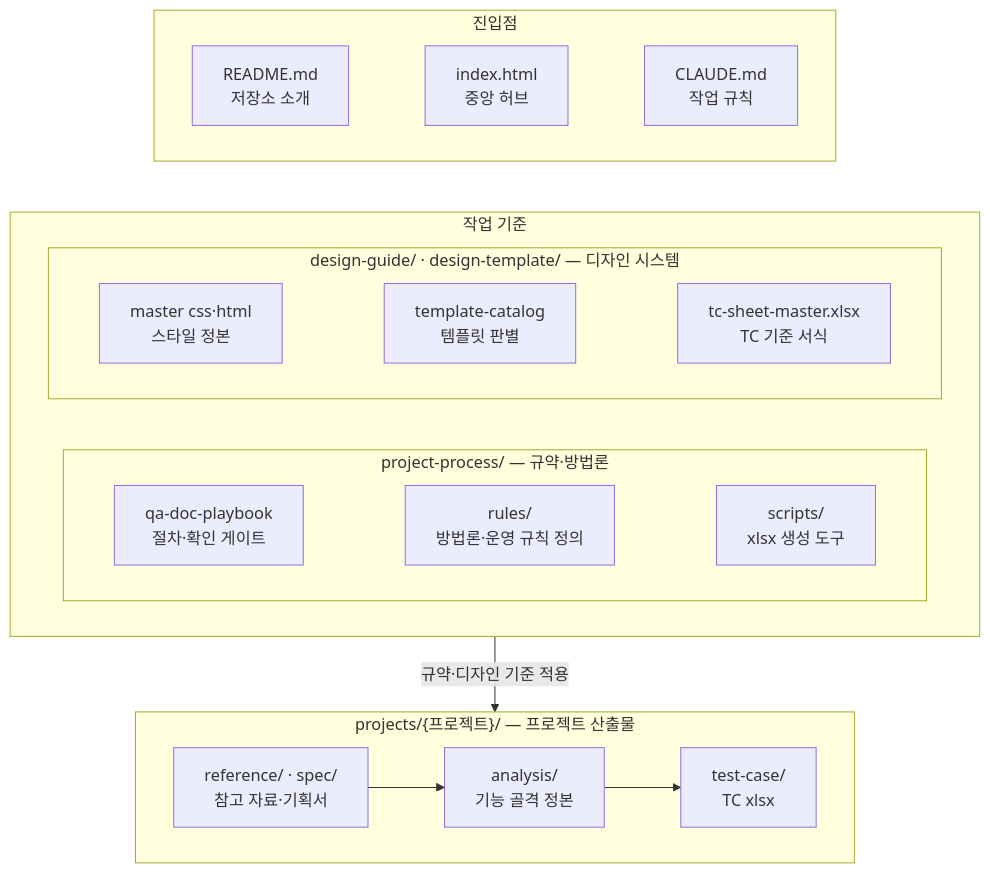
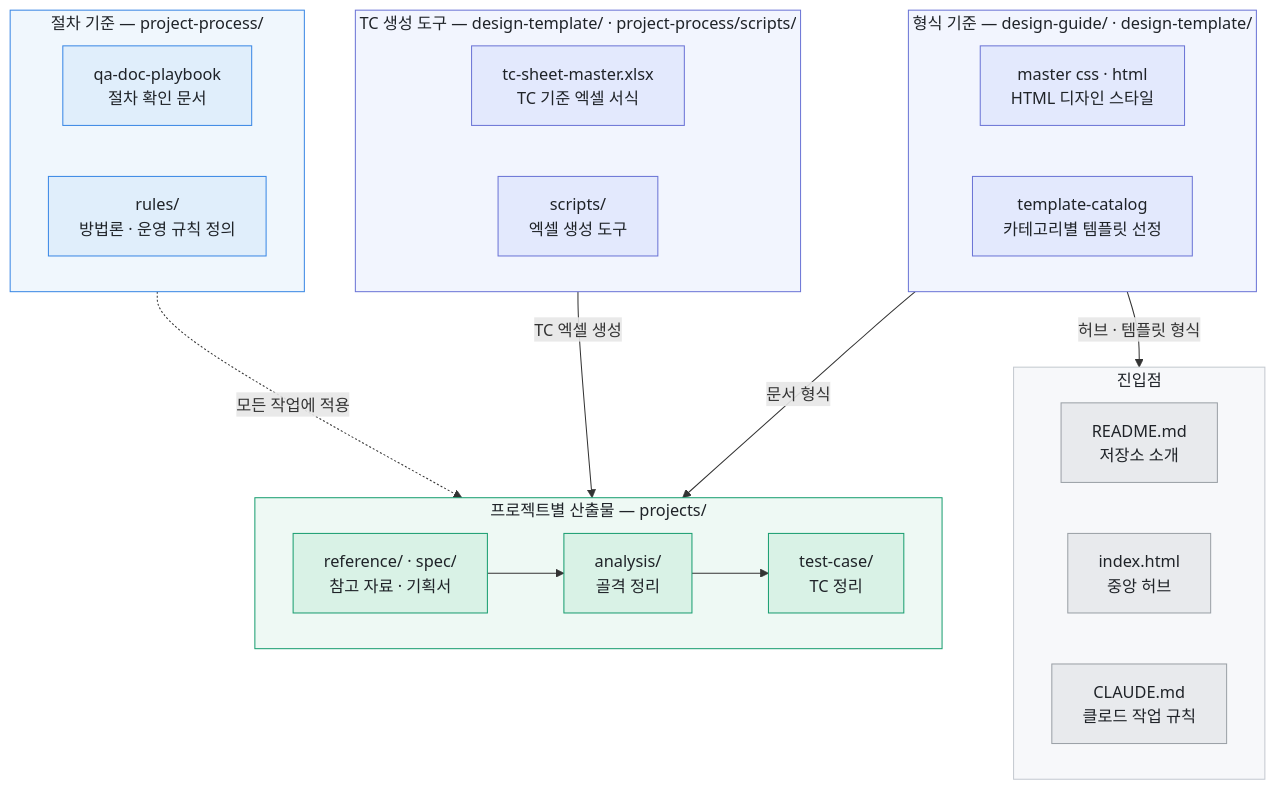
Before and after one commit to RyuSeoJin/QA-VisualNovel-Portfolio: the diagram in README.md, drawn with Mermaid. The commit also changed other lines of this file, not shown here.

Commit message:
[repo] README 구조도 개편: 역할 기준 재편·관계 연결 명시·그룹별 색 구분
- 사유: 기존 구조도가 폴더 위치로만 묶여 관계선이 6가닥으로 엉키고, 각 선의 의미가 구분되지 않아 재작성
- 변경 파일: README.md (Mermaid 블록 + 관계 설명 문단 추가)
- 스펙 변경:
  · 가운데 층을 폴더가 아닌 역할 3묶음으로 재편 — 절차 기준 / 형식 기준 / TC 생성 도구
    (tc-sheet-master.xlsx와 scripts/는 폴더가 다르지만 역할이 한 쌍이라 같은 묶음, 폴더 경로는 묶음 제목에 부제로 표기)
  · 관계선을 6가닥 → 4가닥으로 축소하고 의미를 분리:
    절차 기준 -.-> 산출물 전체("모든 작업에 적용", 점선) /
    형식 기준 --> index.html("허브·템플릿 형식") /
    형식 기준 --> reference·spec("문서 형식") /
    TC 생성 도구 --> test-case("TC 엑셀 생성")
  · 누락됐던 연결 추가: 형식 기준이 중앙 허브(index.html)에도 적용된다는 관계
  · 그룹별 색 구분 추가 — 진입점 회색 / 절차 기준 파랑 / 형식·도구 인디고 / 산출물 초록.
    fill·stroke와 함께 color를 명시해 GitHub 밝은·어두운 테마 모두에서 대비 유지
  · 무의미한 invisible link(~~~) 제거, 노드 설명을 확정 문구로 교체
- 주의: Mermaid의 화살표 경로·배치는 GitHub 렌더러가 자동 결정하므로 검토 시 사용한 미리보기 그림과
  선 모양이 다를 수 있음(색 구분과 연결 관계 자체는 동일). push 후 실제 렌더링 확인 필요.

````diff
--- a/README.md
+++ b/README.md
@@ -11,24 +11,57 @@
 ```mermaid
 flowchart TB
     subgraph entry["진입점"]
         direction LR
-        R["README.md<br/>저장소 소개"] ~~~ I["index.html<br/>중앙 허브"] ~~~ C["CLAUDE.md<br/>작업 규칙"]
+        RM["README.md<br/>저장소 소개"]
+        IX["index.html<br/>중앙 허브"]
+        CL["CLAUDE.md<br/>클로드 작업 규칙"]
     end
-    subgraph base["작업 기준"]
+
+    subgraph proc["절차 기준 — project-process/"]
         direction LR
-        subgraph pp["project-process/ — 규약·방법론"]
-            direction LR
-            PB["qa-doc-playbook<br/>절차·확인 게이트"] ~~~ RU["rules/<br/>방법론·운영 규칙 정의"] ~~~ SC["scripts/<br/>xlsx 생성 도구"]
-        end
-        subgraph ds["design-guide/ · design-template/ — 디자인 시스템"]
-            direction LR
-            MG["master css·html<br/>스타일 정본"] ~~~ TC["template-catalog<br/>템플릿 판별"] ~~~ XL["tc-sheet-master.xlsx<br/>TC 기준 서식"]
-        end
+        PB["qa-doc-playbook<br/>절차 확인 문서"]
+        RU["rules/<br/>방법론 · 운영 규칙 정의"]
     end
-    subgraph proj["projects/{프로젝트}/ — 프로젝트 산출물"]
+
+    subgraph form["형식 기준 — design-guide/ · design-template/"]
         direction LR
-        SP["reference/ · spec/<br/>참고 자료·기획서"] --> AN["analysis/<br/>기능 골격 정본"] --> TCF["test-case/<br/>TC xlsx"]
+        MS["master css · html<br/>HTML 디자인 스타일"]
+        TP["template-catalog<br/>카테고리별 템플릿 선정"]
     end
-    entry ~~~ base
-    base -->|"규약·디자인 기준 적용"| proj
+
+    subgraph tool["TC 생성 도구 — design-template/ · project-process/scripts/"]
+        direction LR
+        XL["tc-sheet-master.xlsx<br/>TC 기준 엑셀 서식"]
+        SC["scripts/<br/>엑셀 생성 도구"]
+    end
+
+    subgraph out["프로젝트별 산출물 — projects/"]
+        direction LR
+        RS["reference/ · spec/<br/>참고 자료 · 기획서"]
+        AN["analysis/<br/>골격 정리"]
+        TS["test-case/<br/>TC 정리"]
+    end
+
+    RS --> AN --> TS
+
+    proc -.->|"모든 작업에 적용"| out
+    form -->|"허브 · 템플릿 형식"| IX
+    form -->|"문서 형식"| RS
+    tool -->|"TC 엑셀 생성"| TS
+
+    classDef entryNode fill:#e8eaed,stroke:#9aa0a6,color:#1f2328
+    classDef procNode fill:#e0eefb,stroke:#3987e5,color:#1f2328
+    classDef designNode fill:#e3e9fd,stroke:#6b74d6,color:#1f2328
+    classDef outNode fill:#d9f2e6,stroke:#199e70,color:#1f2328
+
+    class RM,IX,CL entryNode
+    class PB,RU procNode
+    class MS,TP,XL,SC designNode
+    class RS,AN,TS outNode
+
+    style entry fill:#f7f8fa,stroke:#c4c9d0,color:#1f2328
+    style proc fill:#f0f7fd,stroke:#3987e5,color:#1f2328
+    style form fill:#f2f5fe,stroke:#6b74d6,color:#1f2328
+    style tool fill:#f2f5fe,stroke:#6b74d6,color:#1f2328
+    style out fill:#eef9f4,stroke:#199e70,color:#1f2328
 ```
````
